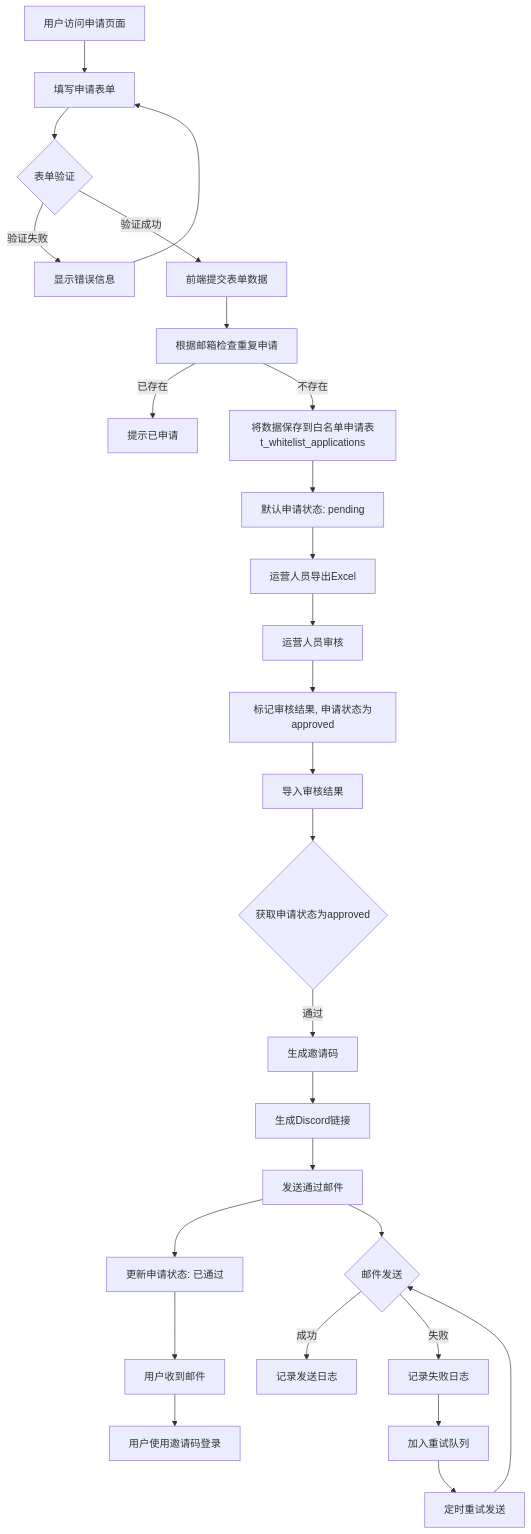
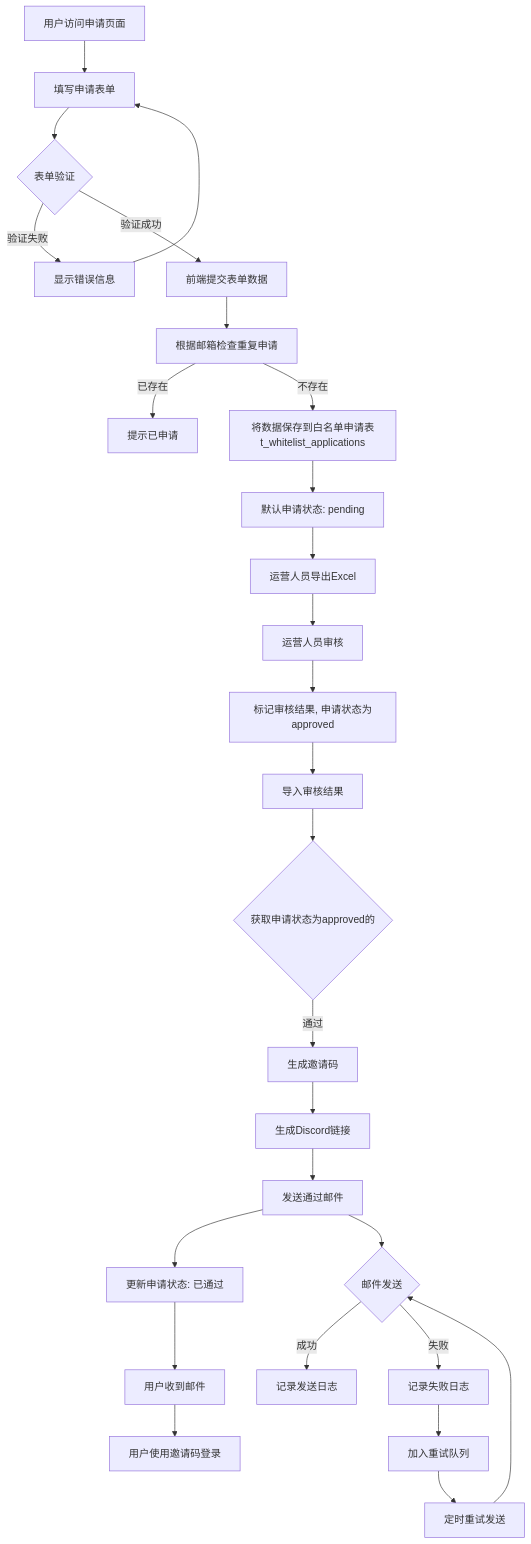
One commit to yingjianzh/iodraw-files changed the diagram in all/未命名-69.md. Above: the diagram before and after it, drawn with Mermaid.

Commit message:
2025-07-03 10:30:41 update

````diff
--- a/all/未命名-69.md
+++ b/all/未命名-69.md
@@ -1,33 +1,33 @@
 ```mermaid
 flowchart TD
     A[用户访问申请页面] --> B[填写申请表单]
     B --> C{表单验证}
     C -->|验证失败| D[显示错误信息]
     D --> B
     C -->|验证成功| E[前端提交表单数据]
     E -->E1[根据邮箱检查重复申请]
     E1 -->|已存在| F[提示已申请]
     E1 -->|不存在| G[将数据保存到白名单申请表t_whitelist_applications]
     G --> H[默认申请状态: pending]
     
     H --> I[运营人员导出Excel]
     I --> J[运营人员审核]
     J --> K[标记审核结果, 申请状态为approved]
     K --> L[导入审核结果]
-    L --> M{获取申请状态为approved}
+    L --> M{获取申请状态为approved的}
     
     M -->|通过| N[生成邀请码]
     N --> O[生成Discord链接]
     O --> P[发送通过邮件]
     P --> Q[更新申请状态: 已通过]
     
     P --> T{邮件发送}
     T -->|成功| U[记录发送日志]
     T -->|失败| V[记录失败日志]
     V --> W[加入重试队列]
     W --> X[定时重试发送]
     X --> T
     
     Q --> Y[用户收到邮件]
     Y --> Z[用户使用邀请码登录]
 ```
````
